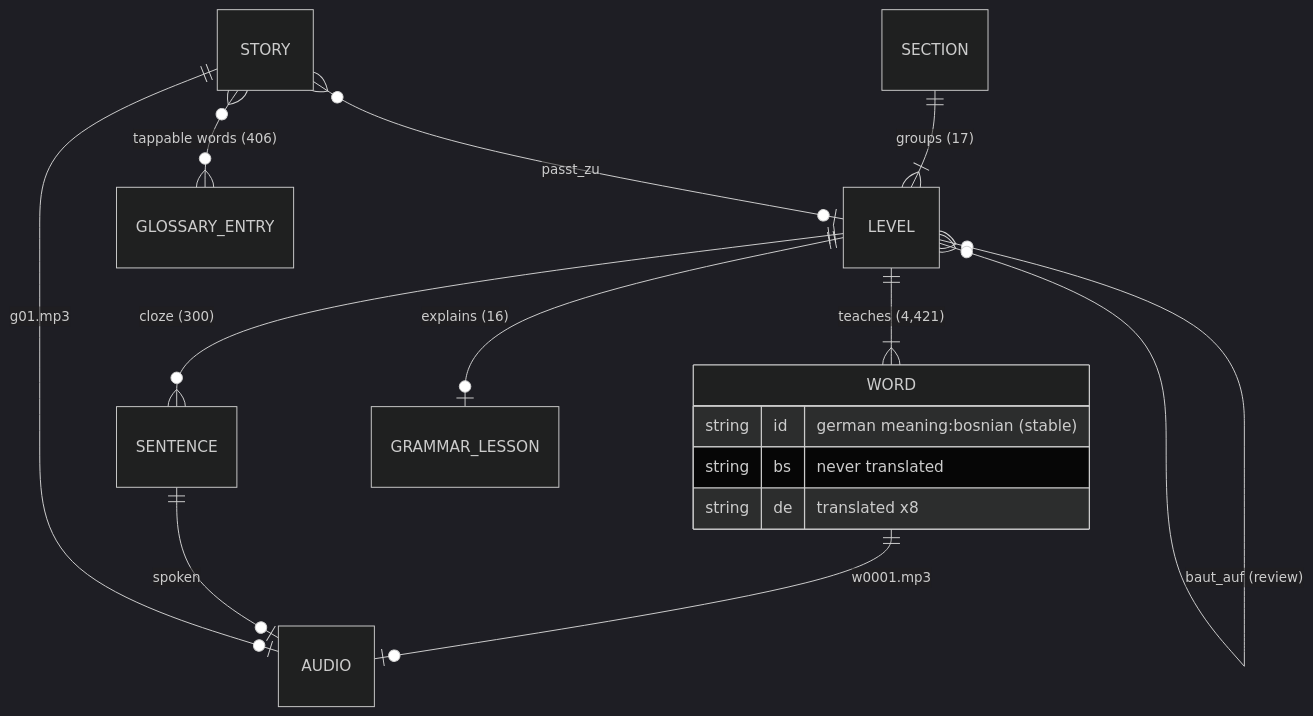
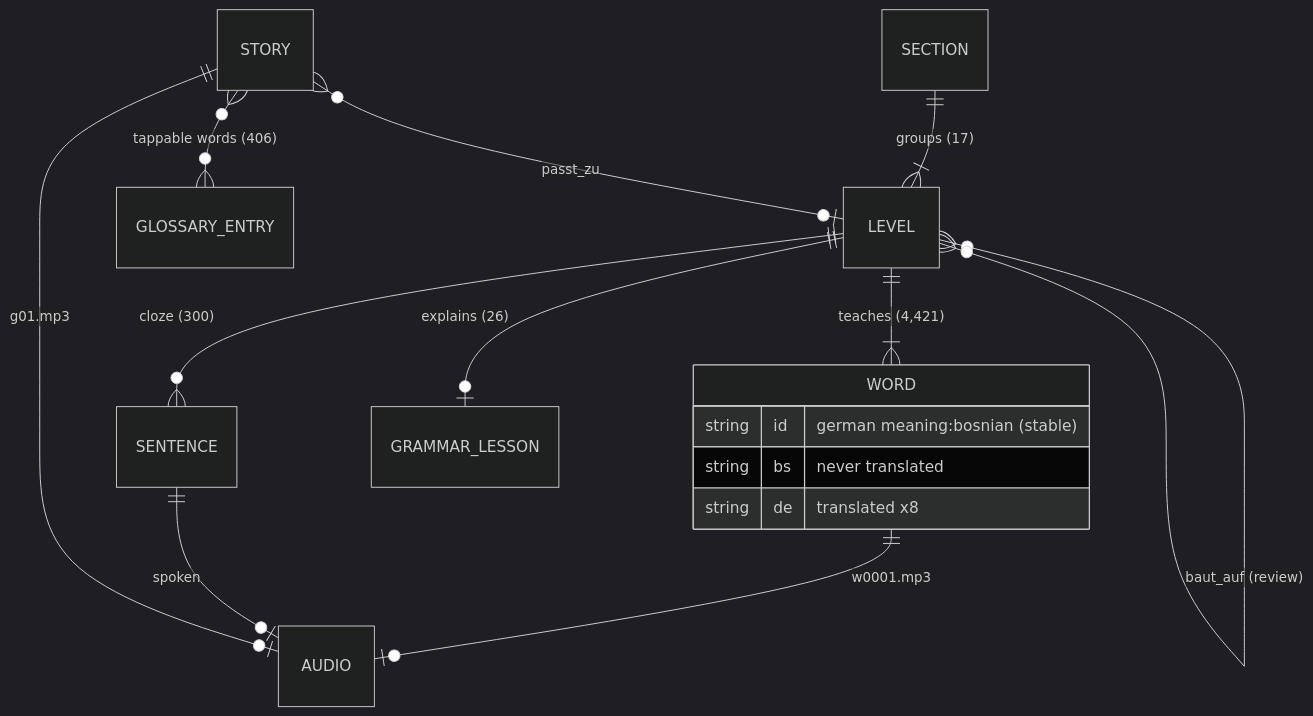
Before and after one commit to zmaj-lernapp/zmaj: the second of 3 diagrams in docs/ARCHITECTURE.md, drawn with Mermaid (dark theme). The commit also changed 19 other files, not shown here.

````diff
--- a/docs/ARCHITECTURE.md
+++ b/docs/ARCHITECTURE.md
@@ -54,18 +54,18 @@
 ```mermaid
 erDiagram
   SECTION ||--|{ LEVEL : "groups (17)"
   LEVEL ||--|{ WORD : "teaches (4,421)"
   LEVEL ||--o{ SENTENCE : "cloze (300)"
-  LEVEL ||--o| GRAMMAR_LESSON : "explains (16)"
+  LEVEL ||--o| GRAMMAR_LESSON : "explains (26)"
   LEVEL }o--o{ LEVEL : "baut_auf (review)"
   STORY }o--o| LEVEL : "passt_zu"
   STORY }o--o{ GLOSSARY_ENTRY : "tappable words (406)"
   WORD ||--o| AUDIO : "w0001.mp3"
   SENTENCE ||--o| AUDIO : "spoken"
   STORY ||--o| AUDIO : "g01.mp3"
   WORD {
     string id "german meaning:bosnian (stable)"
     string bs "never translated"
     string de "translated x8"
   }
 ```
````
